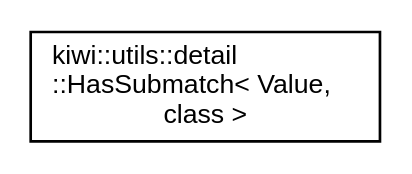
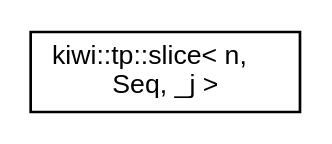
The diagram in inherit_graph_59.dot (bab2min/Kiwi), drawn with Graphviz before and after one commit. The commit also changed 251 other files, not shown here.

```diff
--- a/inherit_graph_59.dot
+++ b/inherit_graph_59.dot
@@ -1,8 +1,8 @@
 digraph "Graphical Class Hierarchy"
 {
  // LATEX_PDF_SIZE
   edge [fontname="Helvetica",fontsize="10",labelfontname="Helvetica",labelfontsize="10"];
   node [fontname="Helvetica",fontsize="10",shape=record];
   rankdir="LR";
-  Node0 [label="kiwi::utils::detail\l::HasSubmatch\< Value,\l class \>",height=0.2,width=0.4,color="black", fillcolor="white", style="filled",URL="$structkiwi_1_1utils_1_1detail_1_1HasSubmatch.html",tooltip=" "];
+  Node0 [label="kiwi::tp::slice\< n,\l Seq, _j \>",height=0.2,width=0.4,color="black", fillcolor="white", style="filled",URL="$structkiwi_1_1tp_1_1slice.html",tooltip=" "];
 }
```
